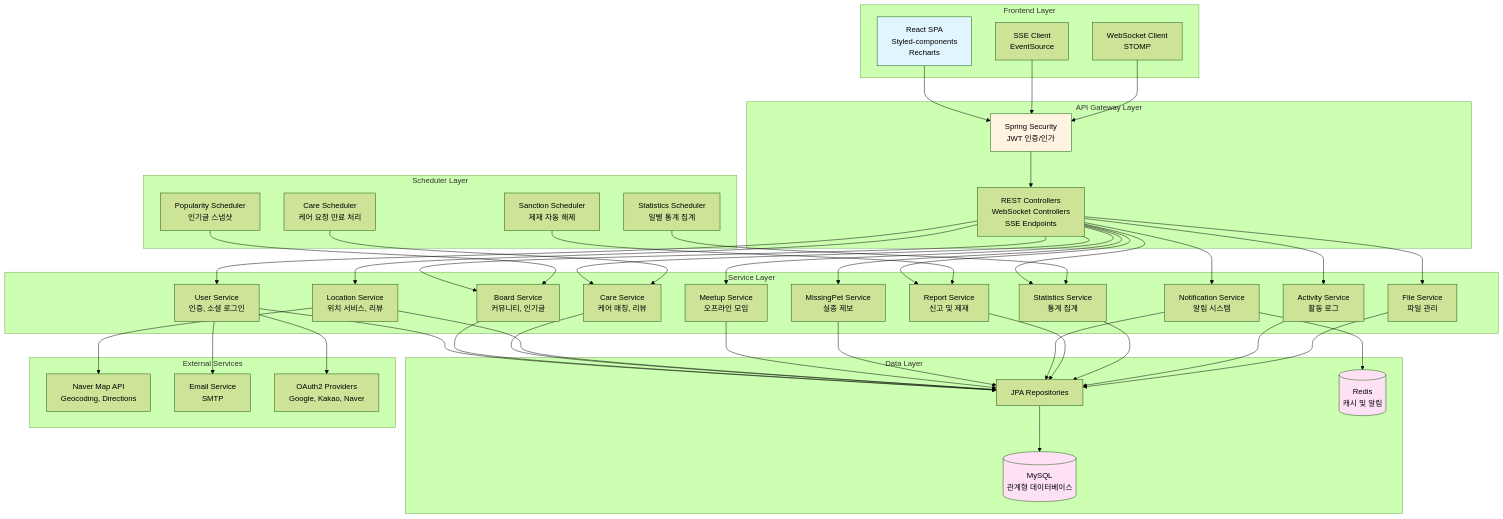
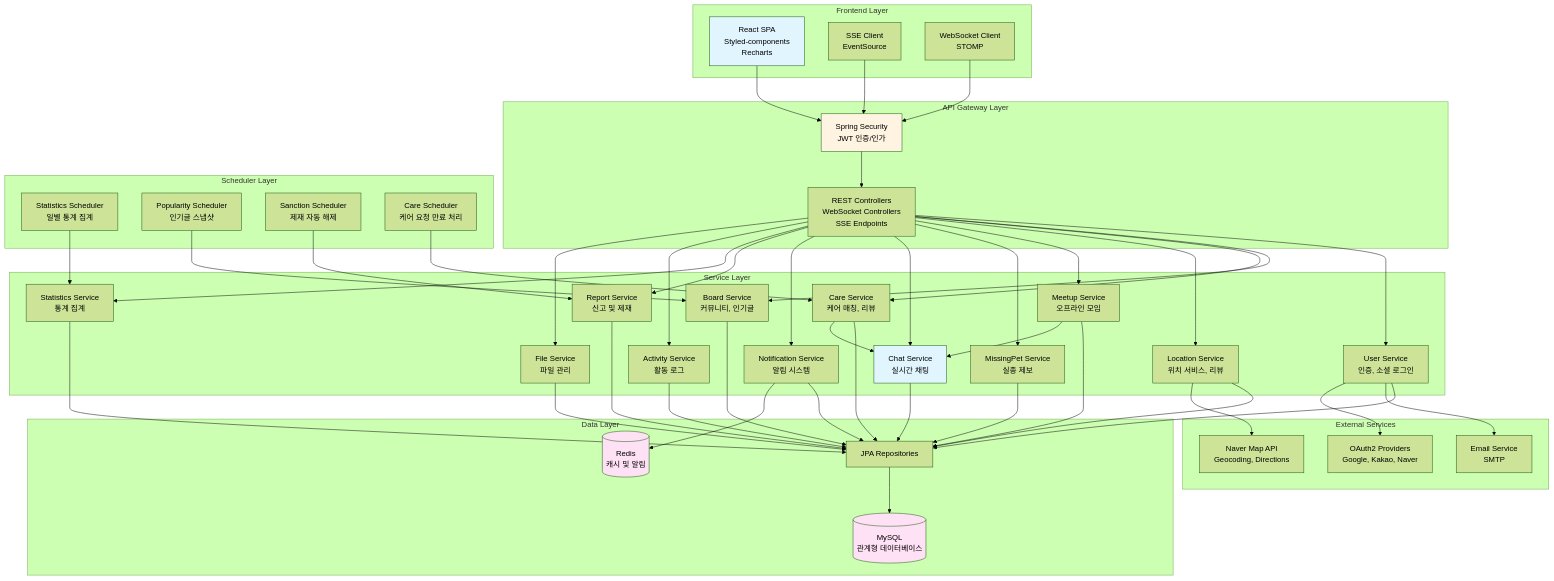
Before and after one commit to makkong1/Petory: the first of 4 diagrams in docs/architecture/전체 아키텍처.md, drawn with Mermaid (forest theme). The commit also changed other lines of this file and 5 other files, not shown here.

````diff
--- a/docs/architecture/전체 아키텍처.md
+++ b/docs/architecture/전체 아키텍처.md
@@ -28,6 +28,7 @@
         LOCATION_SVC[Location Service<br/>위치 서비스, 리뷰]
         MEETUP_SVC[Meetup Service<br/>오프라인 모임]
         MISSING_SVC[MissingPet Service<br/>실종 제보]
+        CHAT_SVC[Chat Service<br/>실시간 채팅]
         NOTIF_SVC[Notification Service<br/>알림 시스템]
         REPORT_SVC[Report Service<br/>신고 및 제재]
         STATS_SVC[Statistics Service<br/>통계 집계]
@@ -66,6 +67,7 @@
     CONTROLLERS --> LOCATION_SVC
     CONTROLLERS --> MEETUP_SVC
     CONTROLLERS --> MISSING_SVC
+    CONTROLLERS --> CHAT_SVC
     CONTROLLERS --> NOTIF_SVC
     CONTROLLERS --> REPORT_SVC
     CONTROLLERS --> STATS_SVC
@@ -75,9 +77,12 @@
     USER_SVC --> REPOS
     BOARD_SVC --> REPOS
     CARE_SVC --> REPOS
+    CARE_SVC --> CHAT_SVC
     LOCATION_SVC --> REPOS
     MEETUP_SVC --> REPOS
+    MEETUP_SVC --> CHAT_SVC
     MISSING_SVC --> REPOS
+    CHAT_SVC --> REPOS
     NOTIF_SVC --> REPOS
     NOTIF_SVC --> REDIS
     REPORT_SVC --> REPOS
@@ -98,6 +103,7 @@
     
     style REACT fill:#e1f5ff
     style SECURITY fill:#fff4e1
+    style CHAT_SVC fill:#e1f5ff
     style MYSQL fill:#ffe1f5
     style REDIS fill:#ffe1f5
 ```
````
